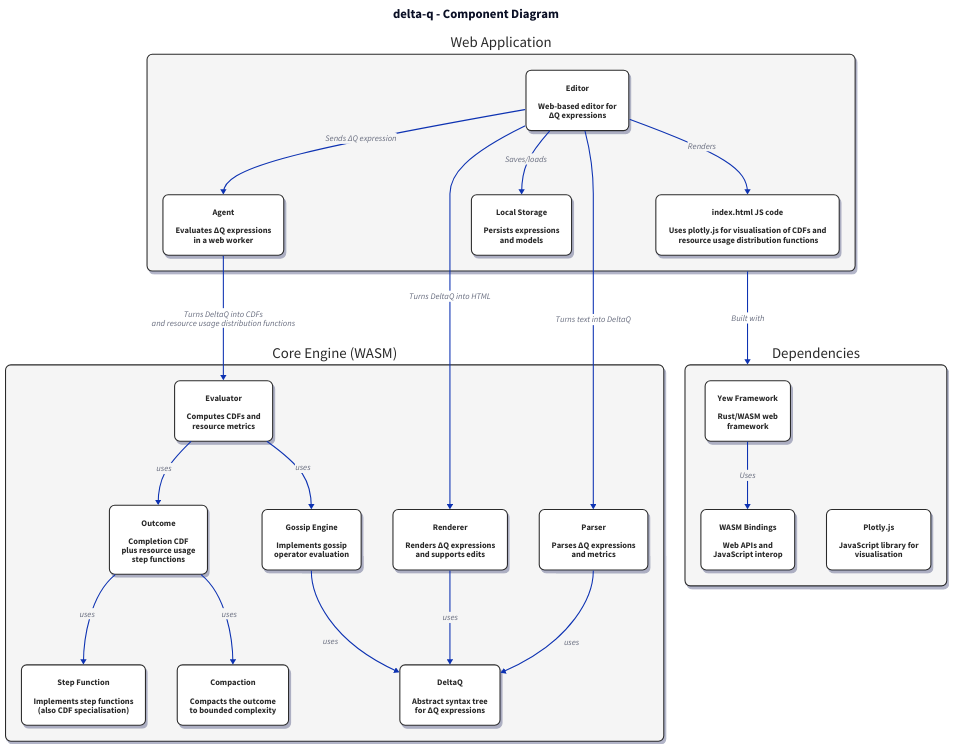
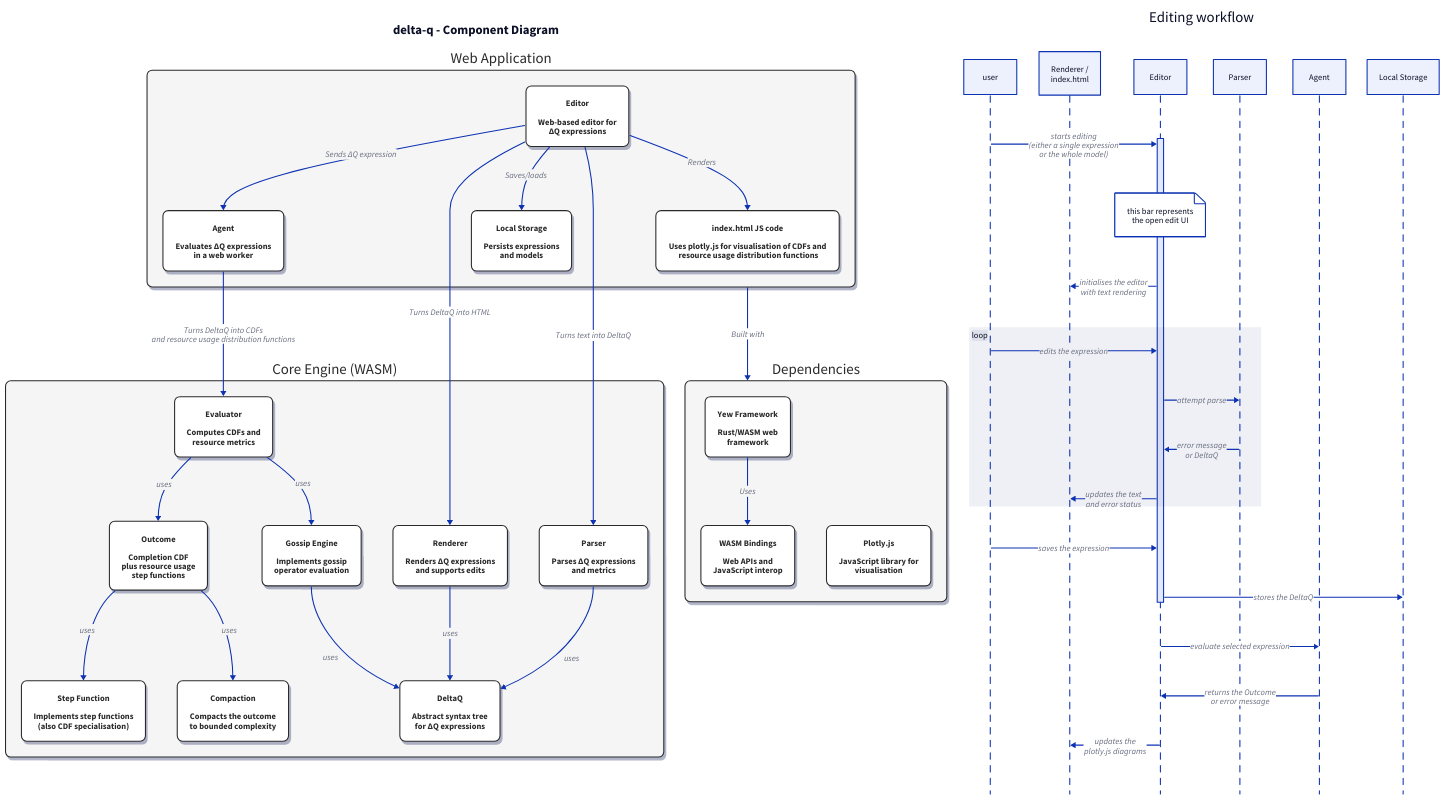
Before and after one commit to input-output-hk/ouroboros-leios: the diagram in delta_q/docs/overview.d2, drawn with D2.

Commit message:
add delta_q editor sequence diagram

```diff
--- a/delta_q/docs/overview.d2
+++ b/delta_q/docs/overview.d2
@@ -1,151 +1,178 @@
 title: {
   label: "delta-q - Component Diagram"
   near: top-center
   shape: text
   style.font-size: 24
   style.bold: true
 }
 
 # Styles
 classes: {
   component: {
     style: {
       stroke: "#2a2a2a"
       fill: "#ffffff"
       font-color: "#2a2a2a"
       border-radius: 10
       shadow: true
     }
   }
   container: {
     style: {
       stroke: "#2a2a2a"
       fill: "#f5f5f5"
       font-color: "#2a2a2a"
       border-radius: 10
       shadow: true
     }
   }
   subcomponent: {
     style: {
       stroke: "#666666"
       fill: "#ffffff"
       font-color: "#2a2a2a"
       border-radius: 5
       shadow: false
     }
   }
 }
 
 # Web Application Container
 web-app: {
   class: container
   label: "Web Application"
 
   editor: {
     class: component
     label: "Editor\n\nWeb-based editor for\nΔQ expressions"
   }
 
   agent: {
     class: component
     label: "Agent\n\nEvaluates ΔQ expressions\nin a web worker"
   }
 
   index: {
     class: component
     label: index.html JS code\n\n Uses plotly.js for visualisation of CDFs and\n resource usage distribution functions
   }
 
   storage: {
     class: component
     label: "Local Storage\n\nPersists expressions\nand models"
   }
 
   editor -> storage: "Saves/loads"
   editor -> agent: "Sends ΔQ expression"
   editor -> index: "Renders"
 }
 
 # Core Engine Container
 core: {
   class: container
   label: "Core Engine (WASM)"
 
   parser: {
     class: component
     label: "Parser\n\nParses ΔQ expressions\nand metrics"
   }
 
   renderer: {
     class: component
     label: "Renderer\n\nRenders ΔQ expressions\nand supports edits"
   }
 
   evaluator: {
     class: component
     label: "Evaluator\n\nComputes CDFs and\nresource metrics"
   }
 
   gossip: {
     class: component
     label: "Gossip Engine\n\nImplements gossip\noperator evaluation"
   }
 
   step_function: {
     class: component
     label: "Step Function\n\nImplements step functions\n(also CDF specialisation)"
   }
 
   outcome: {
     class: component
     label: "Outcome\n\nCompletion CDF\nplus resource usage\nstep functions"
   }
 
   compaction: {
     class: component
     label: "Compaction\n\nCompacts the outcome\nto bounded complexity"
   }
 
   ast: {
     class: component
     label: "DeltaQ\n\nAbstract syntax tree\nfor ΔQ expressions"
   }
 
   evaluator -> gossip: "uses"
   evaluator -> outcome: "uses"
   outcome -> step_function: "uses"
   outcome -> compaction: "uses"
   parser -> ast: "uses"
   renderer -> ast: "uses"
   gossip -> ast: "uses"
 }
 
 # Dependencies Container
 deps: {
   class: container
   label: "Dependencies"
 
   yew: {
     class: component
     label: "Yew Framework\n\nRust/WASM web\nframework"
   }
 
   wasm: {
     class: component
     label: "WASM Bindings\n\nWeb APIs and\nJavaScript interop"
   }
 
   plotly: {
     class: component
     label: "Plotly.js\n\nJavaScript library for\nvisualisation"
   }
 
   yew -> wasm: "Uses"
 }
 
 # Relationships
 web-app.editor -> core.parser: "Turns text into DeltaQ"
 web-app.agent -> core.evaluator: "Turns DeltaQ into CDFs\nand resource usage distribution functions"
 web-app.editor -> core.renderer: "Turns DeltaQ into HTML"
 web-app -> deps: "Built with"
+
+Editing workflow: {
+  shape: sequence_diagram
+  near: center-right
+  
+  user
+  renderer: Renderer /\nindex.html
+  editor: Editor
+  parser: Parser
+  agent: Agent
+  storage: Local Storage
+
+  user -> editor.edit: "starts editing\n(either a single expression\nor the whole model)"
+  editor."this bar represents\nthe open edit UI"
+  editor.edit -> renderer: "initialises the editor\nwith text rendering"
+  loop {
+    user -> editor.edit: "edits the expression"
+    editor.edit -> parser: "attempt parse"
+    parser -> editor.edit: "error message\nor DeltaQ"
+    editor.edit -> renderer: "updates the text\nand error status"
+  }
+  user -> editor.edit: "saves the expression"
+  editor.edit -> storage: "stores the DeltaQ"
+  editor -> agent: "evaluate selected expression"
+  agent -> editor: "returns the Outcome\nor error message"
+  editor -> renderer: "updates the\nplotly.js diagrams"
+}
```
